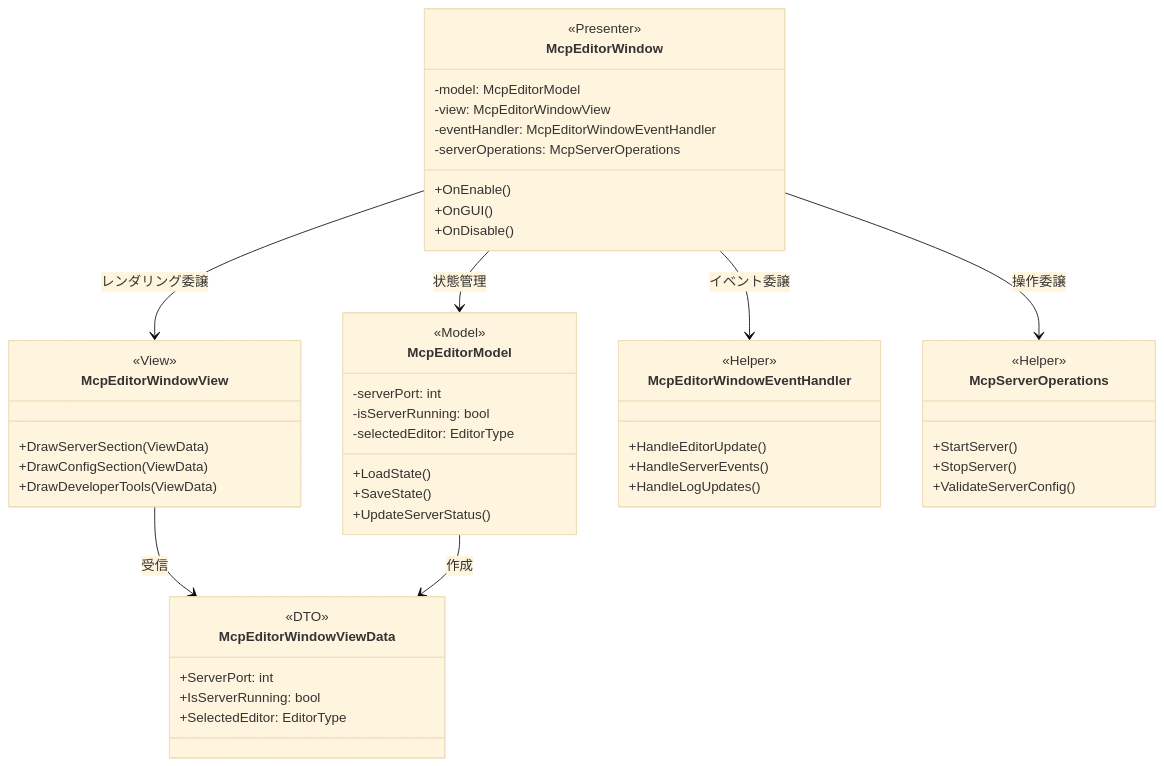
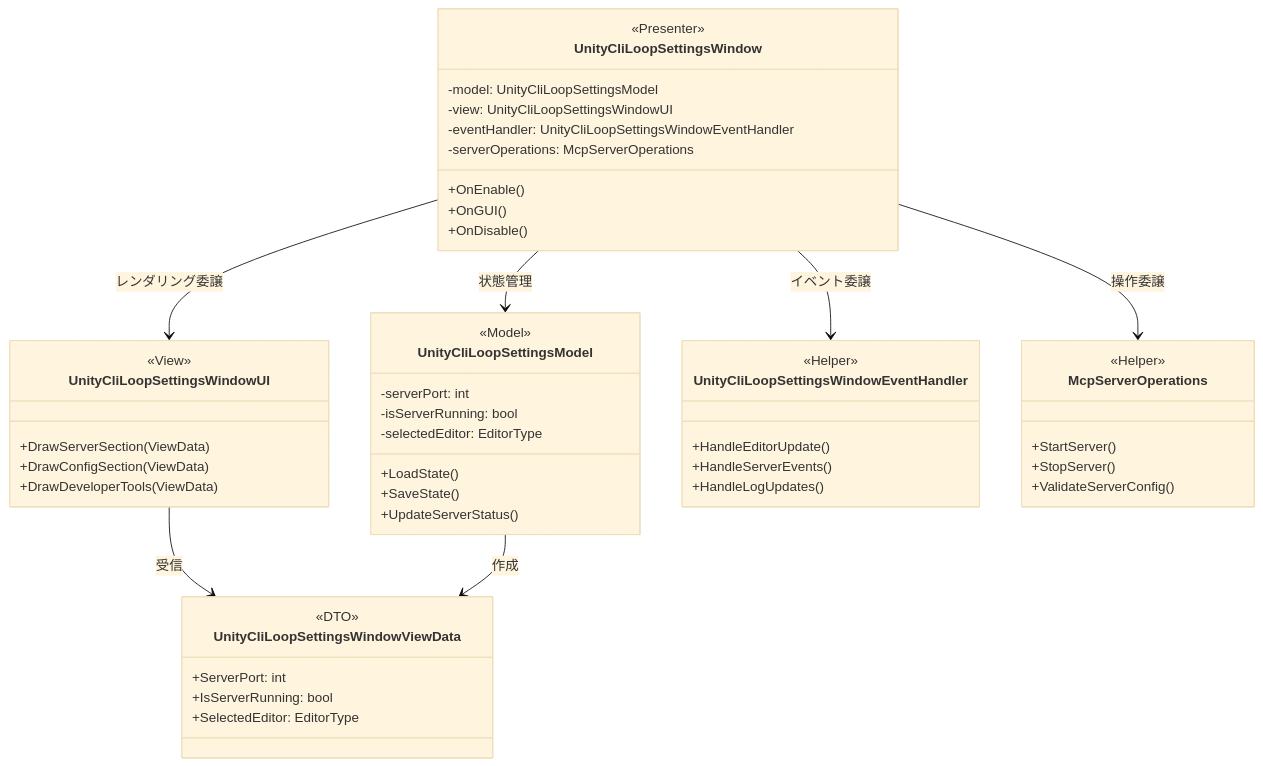
The fifth of 7 diagrams in Packages/docs/ARCHITECTURE_Unity_ja.md (hatayama/uLoopMCP), drawn with Mermaid (base theme) before and after one commit. The commit also changed other lines of this file and 33 other files, not shown here.

First line of the commit message:
Rename settings window away from MCP terminology

````diff
--- a/Packages/docs/ARCHITECTURE_Unity_ja.md
+++ b/Packages/docs/ARCHITECTURE_Unity_ja.md
@@ -198,58 +198,58 @@
 ```mermaid
 classDiagram
-    class McpEditorWindow {
+    class UnityCliLoopSettingsWindow {
         <<Presenter>>
-        -model: McpEditorModel
-        -view: McpEditorWindowView
-        -eventHandler: McpEditorWindowEventHandler
+        -model: UnityCliLoopSettingsModel
+        -view: UnityCliLoopSettingsWindowUI
+        -eventHandler: UnityCliLoopSettingsWindowEventHandler
         -serverOperations: McpServerOperations
         +OnEnable()
         +OnGUI()
         +OnDisable()
     }
 
-    class McpEditorModel {
+    class UnityCliLoopSettingsModel {
         <<Model>>
         -serverPort: int
         -isServerRunning: bool
         -selectedEditor: EditorType
         +LoadState()
         +SaveState()
         +UpdateServerStatus()
     }
 
-    class McpEditorWindowView {
+    class UnityCliLoopSettingsWindowUI {
         <<View>>
         +DrawServerSection(ViewData)
         +DrawConfigSection(ViewData)
         +DrawDeveloperTools(ViewData)
     }
 
-    class McpEditorWindowViewData {
+    class UnityCliLoopSettingsWindowViewData {
         <<DTO>>
         +ServerPort: int
         +IsServerRunning: bool
         +SelectedEditor: EditorType
     }
 
-    class McpEditorWindowEventHandler {
+    class UnityCliLoopSettingsWindowEventHandler {
         <<Helper>>
         +HandleEditorUpdate()
         +HandleServerEvents()
         +HandleLogUpdates()
     }
 
     class McpServerOperations {
         <<Helper>>
         +StartServer()
         +StopServer()
         +ValidateServerConfig()
     }
 
-    McpEditorWindow --> McpEditorModel : 状態管理
-    McpEditorWindow --> McpEditorWindowView : レンダリング委譲
-    McpEditorWindow --> McpEditorWindowEventHandler : イベント委譲
-    McpEditorWindow --> McpServerOperations : 操作委譲
-    McpEditorWindowView --> McpEditorWindowViewData : 受信
-    McpEditorModel --> McpEditorWindowViewData : 作成
+    UnityCliLoopSettingsWindow --> UnityCliLoopSettingsModel : 状態管理
+    UnityCliLoopSettingsWindow --> UnityCliLoopSettingsWindowUI : レンダリング委譲
+    UnityCliLoopSettingsWindow --> UnityCliLoopSettingsWindowEventHandler : イベント委譲
+    UnityCliLoopSettingsWindow --> McpServerOperations : 操作委譲
+    UnityCliLoopSettingsWindowUI --> UnityCliLoopSettingsWindowViewData : 受信
+    UnityCliLoopSettingsModel --> UnityCliLoopSettingsWindowViewData : 作成
 ```
````
